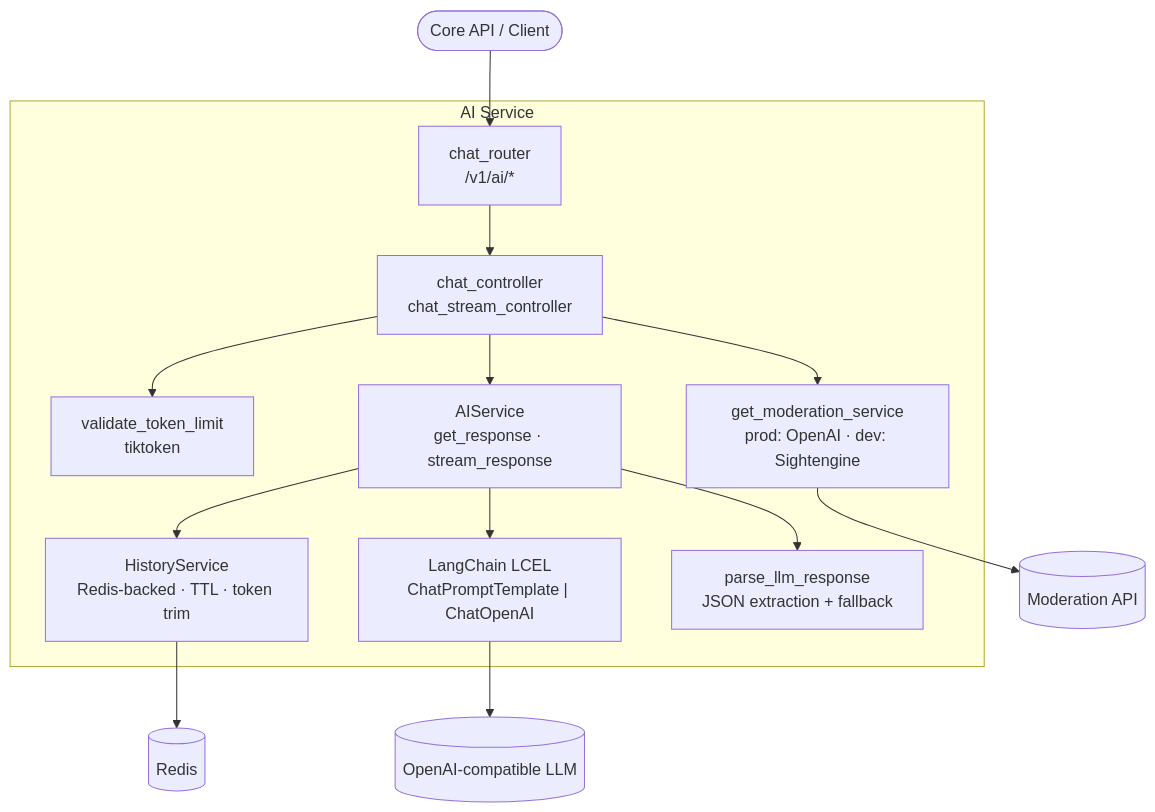
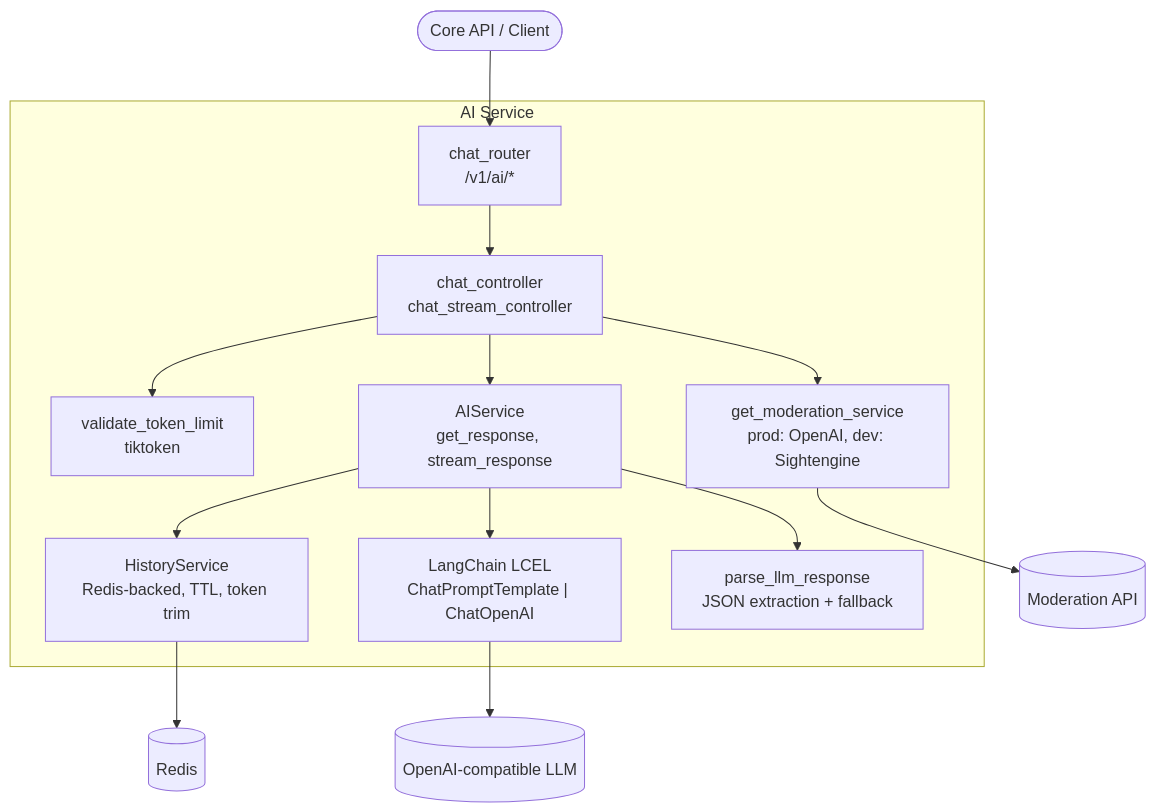
One commit to KlaiAhmed/KidsMind-temp changed the first of 2 diagrams in Services/AI/README.md. Above: the diagram before and after it, drawn with Mermaid. The commit also changed other lines of this file and 1 other file, not shown here.

````diff
--- a/Services/AI/README.md
+++ b/Services/AI/README.md
@@ -9,27 +44,27 @@
 ```mermaid
 flowchart TD
     Client([Core API / Client])
 
     subgraph AI Service
         Router["chat_router\n/v1/ai/*"]
         Controller["chat_controller\nchat_stream_controller"]
         TokenVal["validate_token_limit\ntiktoken"]
-        Moderation["get_moderation_service\nprod: OpenAI · dev: Sightengine"]
-        AIService["AIService\nget_response · stream_response"]
-        History["HistoryService\nRedis-backed · TTL · token trim"]
+        Moderation["get_moderation_service\nprod: OpenAI, dev: Sightengine"]
+        AIService["AIService\nget_response, stream_response"]
+        History["HistoryService\nRedis-backed, TTL, token trim"]
         Chain["LangChain LCEL\nChatPromptTemplate | ChatOpenAI"]
         Parser["parse_llm_response\nJSON extraction + fallback"]
     end
 
     Redis[(Redis)]
     LLM[(OpenAI-compatible LLM)]
     GuardAPI[(Moderation API)]
 
     Client --> Router --> Controller
     Controller --> TokenVal
     Controller --> Moderation --> GuardAPI
     Controller --> AIService
     AIService --> History --> Redis
     AIService --> Chain --> LLM
     AIService --> Parser
 ```
````
